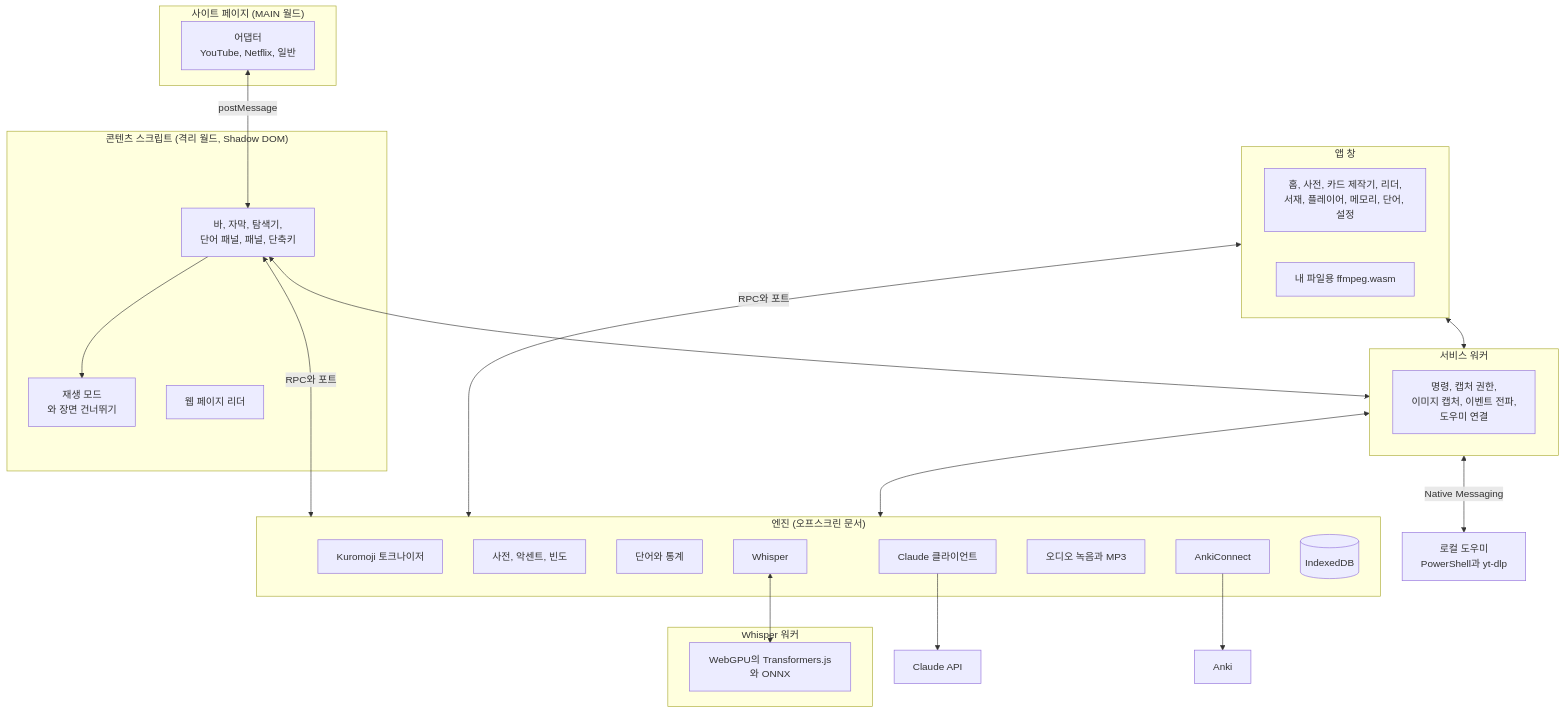
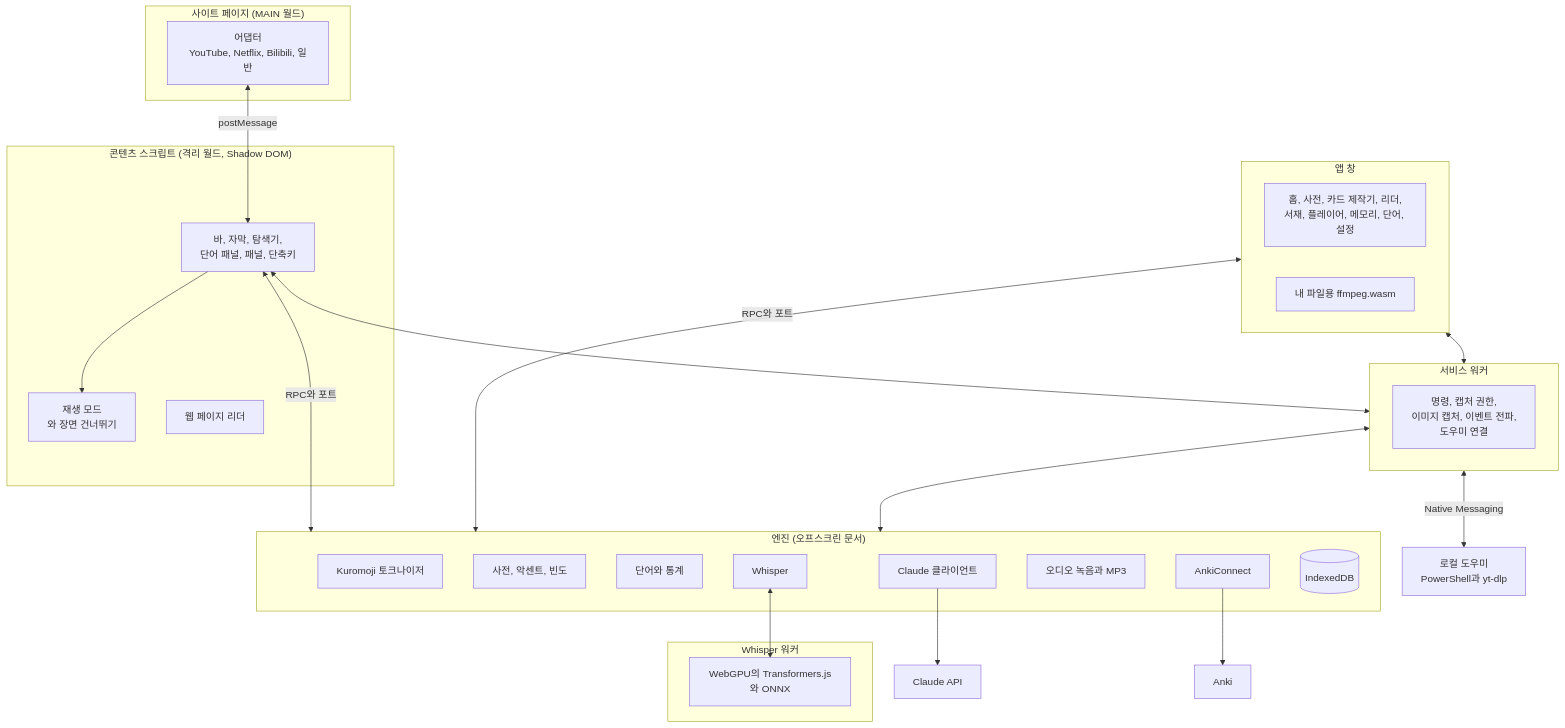
Before and after one commit to Eliam4510/kotonoha: the diagram in docs/ko/architecture.md, drawn with Mermaid. The commit also changed other lines of this file and 31 other files, not shown here.

````diff
--- a/docs/ko/architecture.md
+++ b/docs/ko/architecture.md
@@ -9,42 +9,42 @@
 ```mermaid
 flowchart TB
   subgraph Pagina["사이트 페이지 (MAIN 월드)"]
-    AD["어댑터<br/>YouTube, Netflix, 일반"]
+    AD["어댑터<br/>YouTube, Netflix, Bilibili, 일반"]
   end
   subgraph Contenido["콘텐츠 스크립트 (격리 월드, Shadow DOM)"]
     UI["바, 자막, 탐색기,<br/>단어 패널, 패널, 단축키"]
     MODO["재생 모드<br/>와 장면 건너뛰기"]
     WEB["웹 페이지 리더"]
   end
   subgraph SW["서비스 워커"]
     RUTA["명령, 캡처 권한,<br/>이미지 캡처, 이벤트 전파,<br/>도우미 연결"]
   end
   subgraph Motor["엔진 (오프스크린 문서)"]
     TOK["Kuromoji 토크나이저"]
     DIC["사전, 악센트, 빈도"]
     PAL["단어와 통계"]
     IA["Claude 클라이언트"]
     ANKI["AnkiConnect"]
     REC["오디오 녹음과 MP3"]
     WH["Whisper"]
     DB[("IndexedDB")]
   end
   subgraph Trabajador["Whisper 워커"]
     GPU["WebGPU의 Transformers.js와 ONNX"]
   end
   subgraph App["앱 창"]
     PANT["홈, 사전, 카드 제작기, 리더,<br/>서재, 플레이어, 메모리, 단어, 설정"]
     FF["내 파일용 ffmpeg.wasm"]
   end
   AD <-->|postMessage| UI
   UI --> MODO
   UI <-->|RPC와 포트| Motor
   UI <--> SW
   App <-->|RPC와 포트| Motor
   App <--> SW
   SW <--> Motor
   SW <-->|Native Messaging| AY["로컬 도우미<br/>PowerShell과 yt-dlp"]
   WH <--> GPU
   IA --> CL["Claude API"]
   ANKI --> AN["Anki"]
 ```
````
